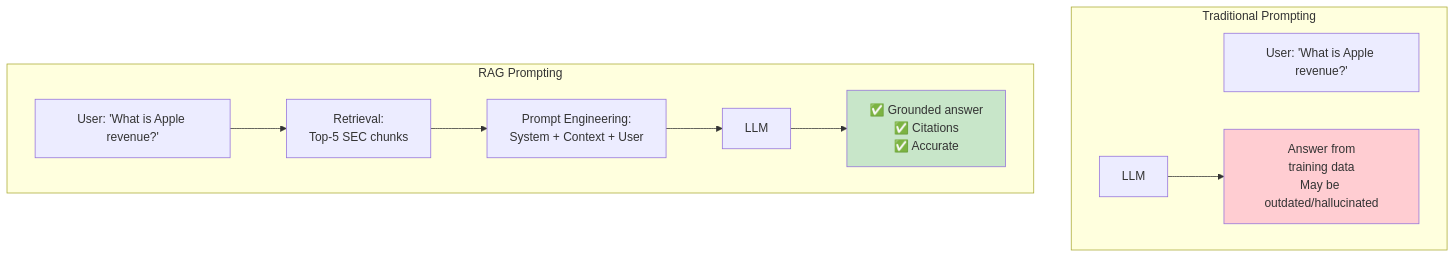
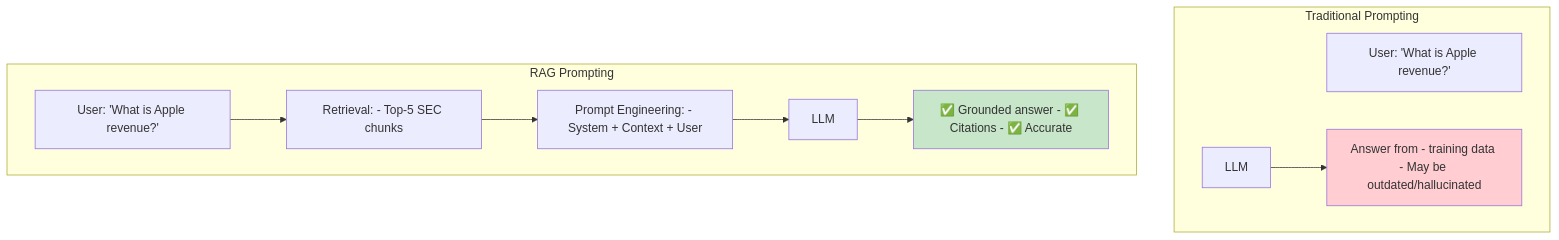
The first of 6 diagrams in docs/learning/06-prompt-engineering.md (indhra/llm_rag_sec_findings), drawn with Mermaid before and after one commit. The commit also changed other lines of this file and 9 other files, not shown here.

````diff
--- a/docs/learning/06-prompt-engineering.md
+++ b/docs/learning/06-prompt-engineering.md
@@ -23,20 +23,20 @@
 ```mermaid
 graph TB
     subgraph "Traditional Prompting"
         U1[User: 'What is Apple revenue?']
-        L1[LLM] --> A1[Answer from<br/>training data<br/>May be outdated/hallucinated]
+        L1[LLM] --> A1[Answer from - training data - May be outdated/hallucinated]
     end
     
     subgraph "RAG Prompting"
         U2[User: 'What is Apple revenue?']
-        R[Retrieval:<br/>Top-5 SEC chunks]
-        P[Prompt Engineering:<br/>System + Context + User]
+        R[Retrieval: - Top-5 SEC chunks]
+        P[Prompt Engineering: - System + Context + User]
         U2 --> R
         R --> P
         P --> L2[LLM]
-        L2 --> A2[✅ Grounded answer<br/>✅ Citations<br/>✅ Accurate]
+        L2 --> A2[✅ Grounded answer - ✅ Citations - ✅ Accurate]
     end
     
     style A1 fill:#ffcdd2
     style A2 fill:#c8e6c9
 ```
````
